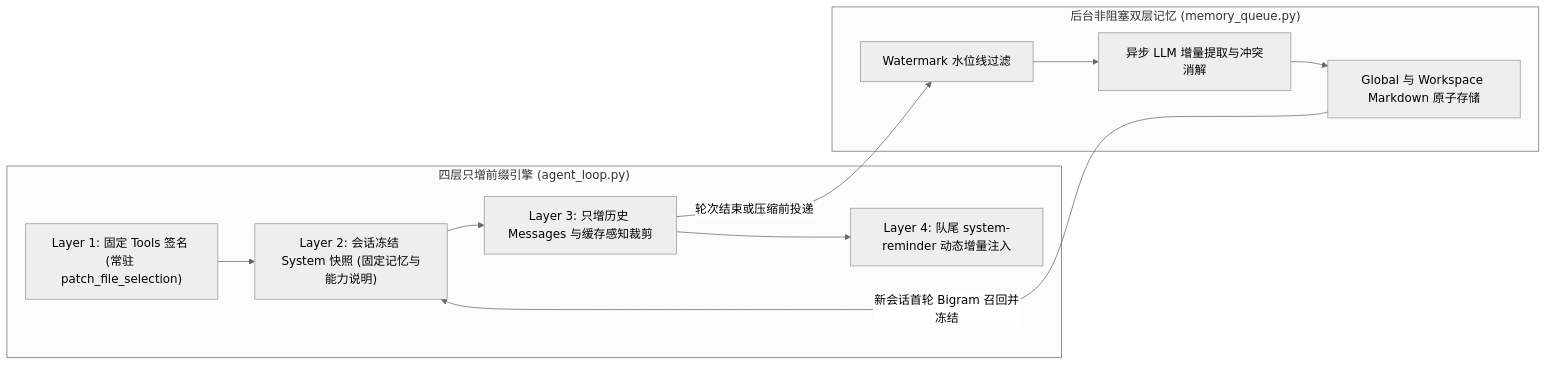
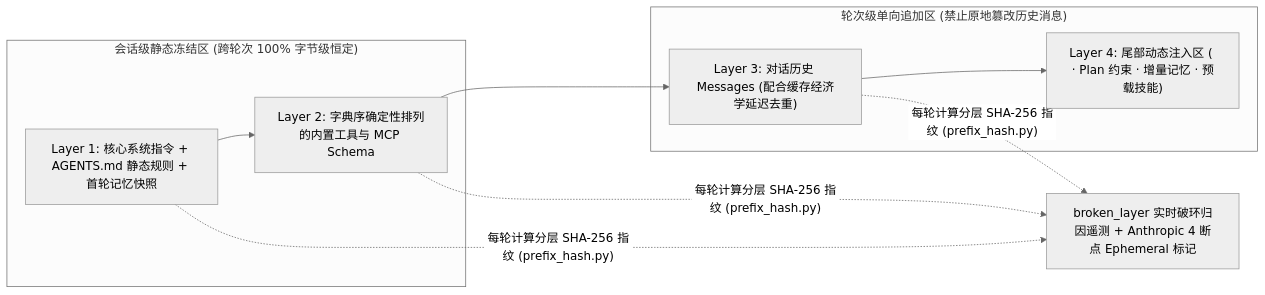
The first of 3 diagrams in docs/architecture/memory-and-rag.md (HelmAgent/Helm_website), drawn with Mermaid (neutral theme) before and after one commit. The commit also changed other lines of this file and 57 other files, not shown here.

Commit message:
docs(architecture): add detailed documentation for the 5-Tier Permission Sandbox, Zero-RTT Intent Engine, and Open Ecosystem; include core modules, empirical evidence, and interactive permission modes for enhanced clarity and functionality

````diff
--- a/docs/architecture/memory-and-rag.md
+++ b/docs/architecture/memory-and-rag.md
@@ -26,20 +18,15 @@
 ```mermaid
 flowchart LR
-  subgraph PrefixEngine["四层只增前缀引擎 (agent_loop.py)"]
-    L1["Layer 1: 固定 Tools 签名 (常驻 patch_file_selection)"]
-    L2["Layer 2: 会话冻结 System 快照 (固定记忆与能力说明)"]
-    L3["Layer 3: 只增历史 Messages 与缓存感知裁剪"]
-    L4["Layer 4: 队尾 system-reminder 动态增量注入"]
-    L1 --> L2 --> L3 --> L4
+  subgraph Frozen["会话级静态冻结区 (跨轮次 100% 字节级恒定)"]
+    L1["Layer 1: 核心系统指令 + AGENTS.md 静态规则 + 首轮记忆快照"]
+    L2["Layer 2: 字典序确定性排列的内置工具与 MCP Schema"]
   end
 
-  subgraph AsyncMemory["后台非阻塞双层记忆 (memory_queue.py)"]
-    Watermark["Watermark 水位线过滤"]
-    Extractor["异步 LLM 增量提取与冲突消解"]
-    Storage["Global 与 Workspace Markdown 原子存储"]
-    Watermark --> Extractor --> Storage
+  subgraph AppendOnly["轮次级单向追加区 (禁止原地篡改历史消息)"]
+    L3["Layer 3: 对话历史 Messages (配合缓存经济学延迟去重)"]
+    L4["Layer 4: 尾部动态注入区 (<system-reminder> · Plan 约束 · 增量记忆 · 预载技能)"]
   end
 
-  L3 -- "轮次结束或压缩前投递" --> Watermark
-  Storage -- "新会话首轮 Bigram 召回并冻结" --> L2
+  L1 --> L2 --> L3 --> L4
+  L1 & L2 & L3 -.->|"每轮计算分层 SHA-256 指纹 (prefix_hash.py)"| Audit["broken_layer 实时破环归因遥测 + Anthropic 4 断点 Ephemeral 标记"]
 ```
````
